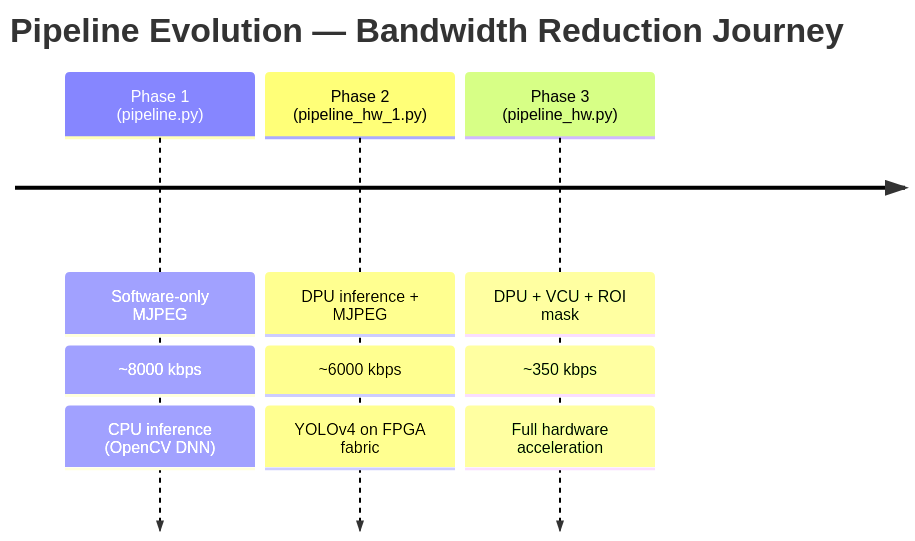
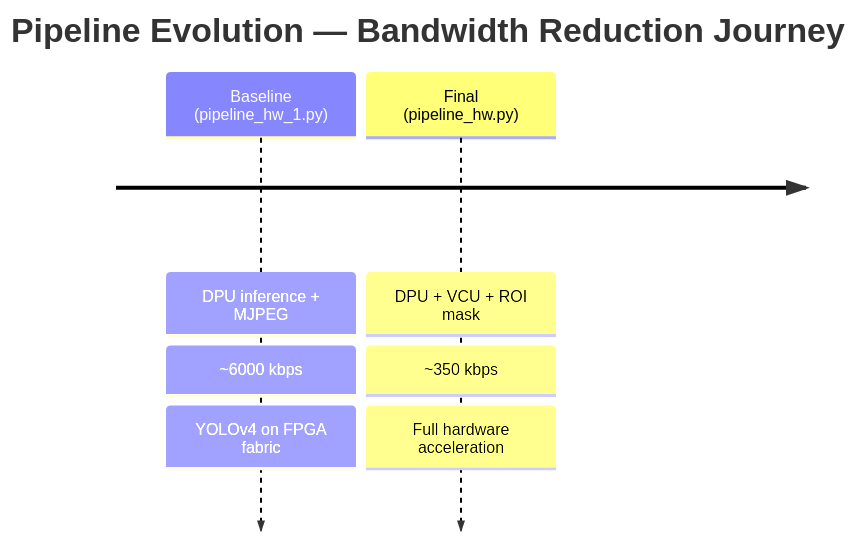
One commit to HeetYadav/zcu104-adaptive-video-pipeline changed the diagram in README.md. Above: the diagram before and after it, drawn with Mermaid. The commit also changed other lines of this file and 8 other files, not shown here.

First line of the commit message:
chore: fully remove software pipeline from repository

````diff
--- a/README.md
+++ b/README.md
@@ -61,7 +61,6 @@
 ```mermaid
 timeline
     title Pipeline Evolution — Bandwidth Reduction Journey
-    Phase 1 (pipeline.py) : Software-only MJPEG : ~8000 kbps : CPU inference (OpenCV DNN)
-    Phase 2 (pipeline_hw_1.py) : DPU inference + MJPEG : ~6000 kbps : YOLOv4 on FPGA fabric
-    Phase 3 (pipeline_hw.py) : DPU + VCU + ROI mask : ~350 kbps : Full hardware acceleration
+    Baseline (pipeline_hw_1.py) : DPU inference + MJPEG : ~6000 kbps : YOLOv4 on FPGA fabric
+    Final (pipeline_hw.py) : DPU + VCU + ROI mask : ~350 kbps : Full hardware acceleration
 ```
````
